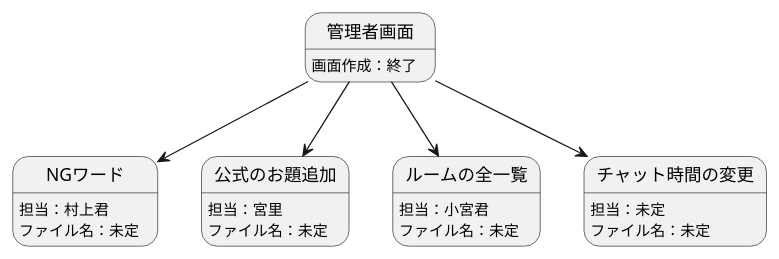
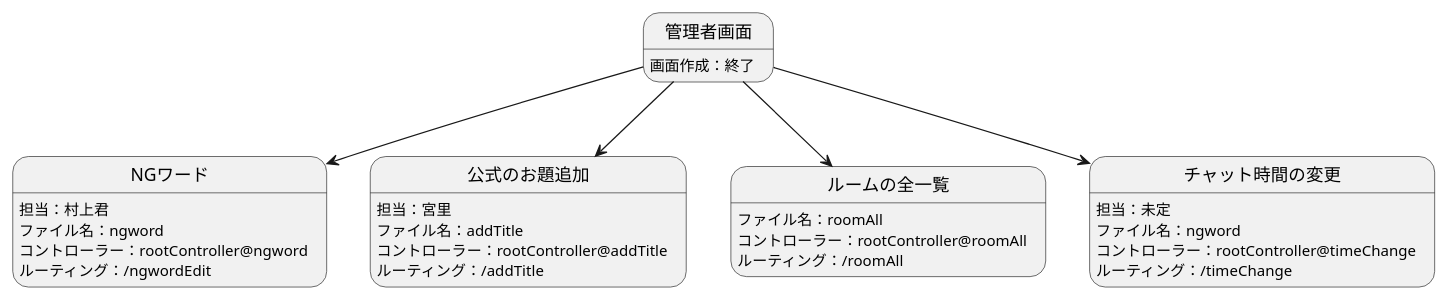
The diagram in チーム開発/担当.md (Aso2001204/2021sys-design), drawn with PlantUML before and after one commit.

````diff
--- a/チーム開発/担当.md
+++ b/チーム開発/担当.md
@@ -2,20 +2,28 @@
 ```uml
 @startuml
 
 管理者画面 --> NGワード
 管理者画面:画面作成：終了
 NGワード:担当：村上君
-NGワード:ファイル名：未定
+NGワード:ファイル名：ngword
+NGワード:コントローラー：rootController@ngword
+NGワード:ルーティング：/ngwordEdit
+
 管理者画面 --> 公式のお題追加
 公式のお題追加:担当：宮里
-公式のお題追加:ファイル名：未定
+公式のお題追加:ファイル名：addTitle
+公式のお題追加:コントローラー：rootController@addTitle
+公式のお題追加:ルーティング：/addTitle
 
 管理者画面 --> ルームの全一覧
-ルームの全一覧:担当：小宮君
-ルームの全一覧:ファイル名：未定
+ルームの全一覧:ファイル名：roomAll
+ルームの全一覧:コントローラー：rootController@roomAll
+ルームの全一覧:ルーティング：/roomAll
 
 管理者画面 --> チャット時間の変更
 チャット時間の変更:担当：未定
-チャット時間の変更:ファイル名：未定
+チャット時間の変更:ファイル名：ngword
+チャット時間の変更:コントローラー：rootController@timeChange
+チャット時間の変更:ルーティング：/timeChange
 @enduml
 ```
````
